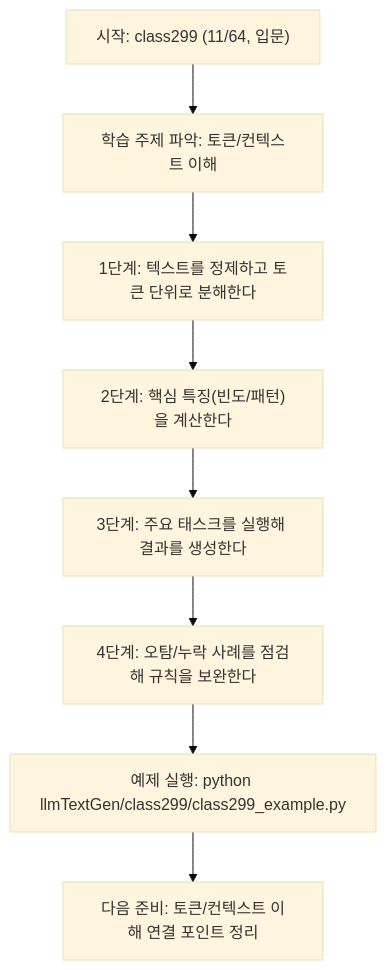
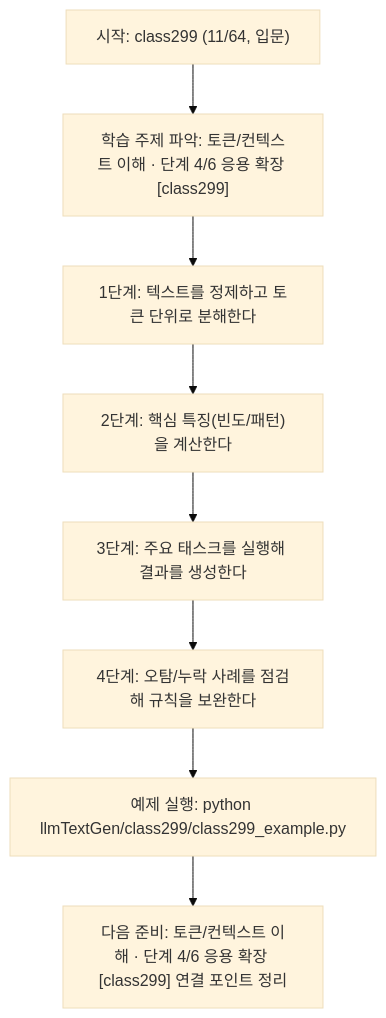
The diagram in llmTextGen/class299/class299.md (edumgt/Python-AI_Agent-Class), drawn with Mermaid (base theme) before and after one commit. The commit also changed other lines of this file and 522 other files, not shown here.

````diff
--- a/llmTextGen/class299/class299.md
+++ b/llmTextGen/class299/class299.md
@@ -113,18 +114,18 @@
 ```mermaid
 flowchart TD
 N1["시작: class299 (11/64, 입문)"]
-N2["학습 주제 파악: 토큰/컨텍스트 이해"]
+N2["학습 주제 파악: 토큰/컨텍스트 이해 · 단계 4/6 응용 확장 [class299]"]
 N3["1단계: 텍스트를 정제하고 토큰 단위로 분해한다"]
 N4["2단계: 핵심 특징(빈도/패턴)을 계산한다"]
 N5["3단계: 주요 태스크를 실행해 결과를 생성한다"]
 N6["4단계: 오탐/누락 사례를 점검해 규칙을 보완한다"]
 N7["예제 실행: python llmTextGen/class299/class299_example.py"]
-N8["다음 준비: 토큰/컨텍스트 이해 연결 포인트 정리"]
+N8["다음 준비: 토큰/컨텍스트 이해 · 단계 4/6 응용 확장 [class299] 연결 포인트 정리"]
 N1 --> N2
 N2 --> N3
 N3 --> N4
 N4 --> N5
 N5 --> N6
 N6 --> N7
 N7 --> N8
 ```
````
